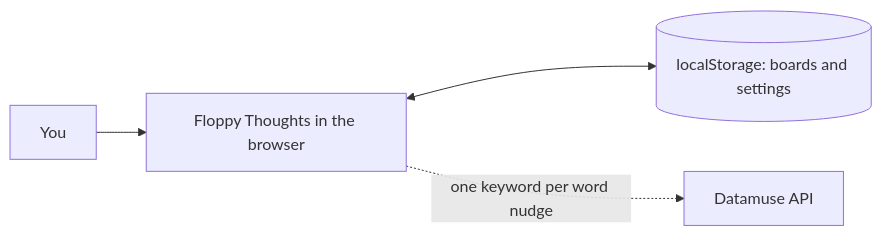
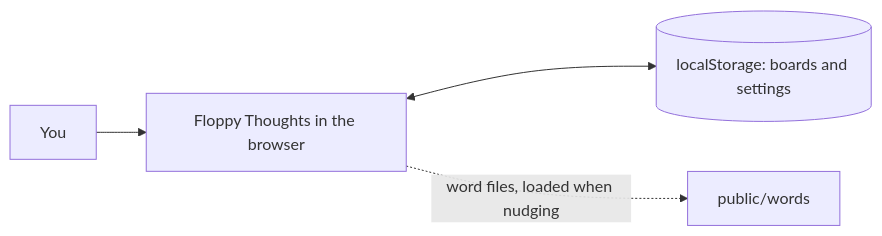
The first of 7 diagrams in docs/mvp/architecture.md (jtbinith/floppy-thoughts), drawn with Mermaid before and after one commit. The commit also changed other lines of this file and 43 other files, not shown here.

Commit message:
Nudges from our own word data (ConceptNet + wordfreq, built by scripts/build-words.py), our own way of choosing words, two-step wildcards; no Datamuse, nothing sent anywhere, works offline (#17)

````diff
--- a/docs/mvp/architecture.md
+++ b/docs/mvp/architecture.md
@@ -11,6 +11,6 @@
 ```mermaid
 flowchart LR
   U[You] --> App[Floppy Thoughts in the browser]
   App <--> LS[(localStorage: boards and settings)]
-  App -. one keyword per word nudge .-> DM[Datamuse API]
+  App -. word files, loaded when nudging .-> WF[public/words]
 ```
````
